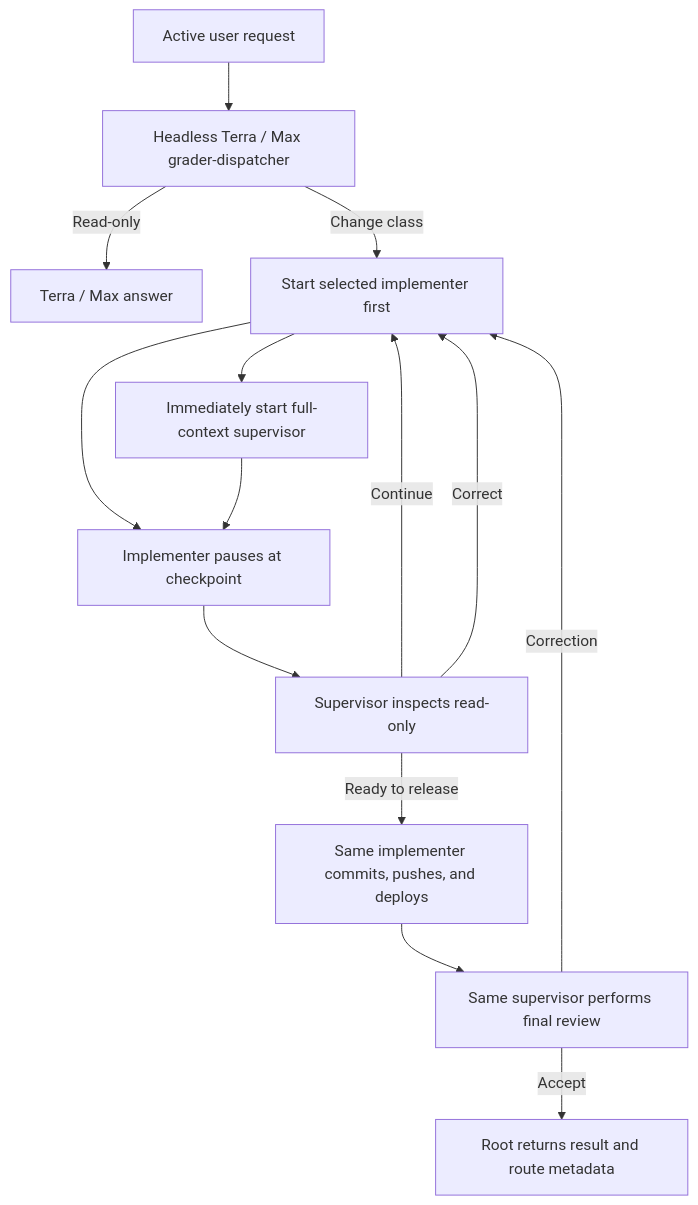
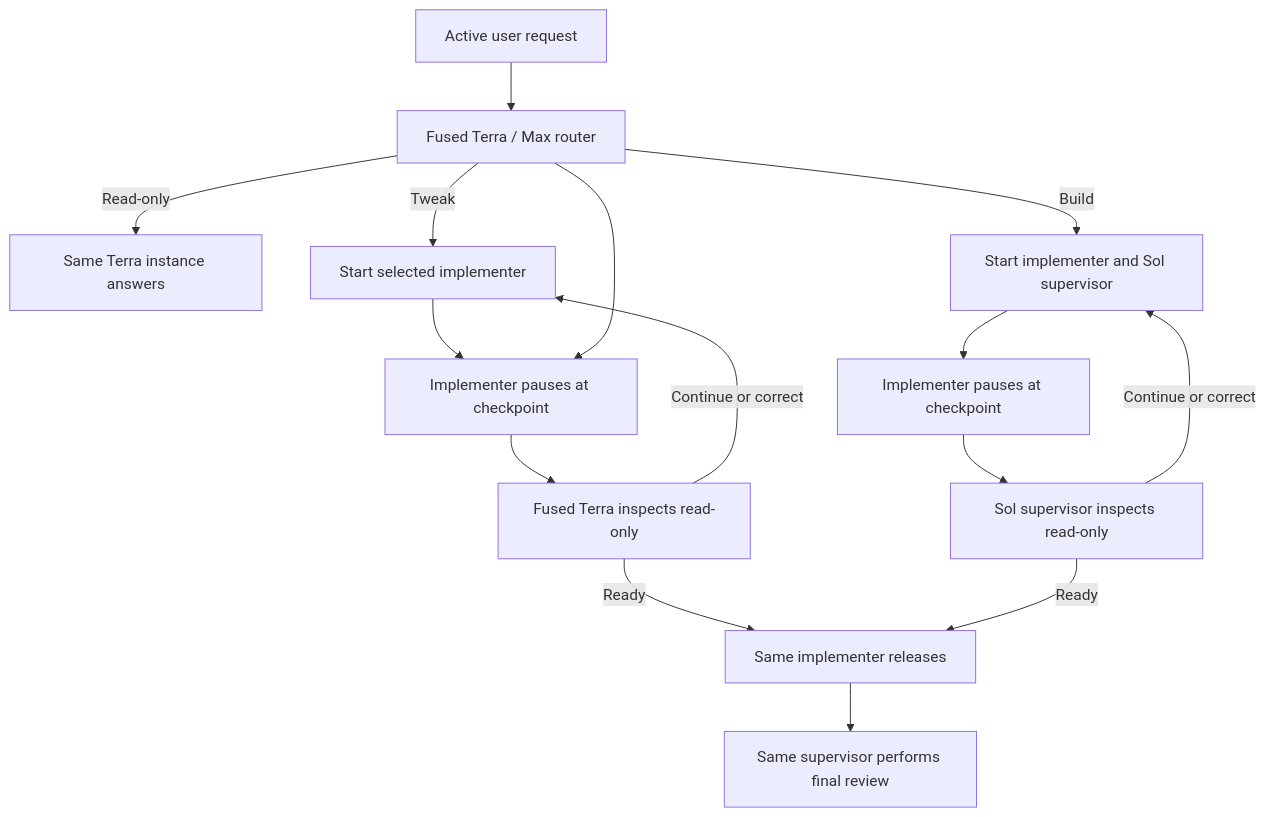
One commit to jessejaffe/codex-orchestration changed the diagram in README.md. Above: the diagram before and after it, drawn with Mermaid. The commit also changed other lines of this file and 13 other files, not shown here.

Commit message:
Fuse Terra routing with tweak supervision

````diff
--- a/README.md
+++ b/README.md
@@ -61,16 +58,17 @@
 ```mermaid
 flowchart TD
-    U["Active user request"] --> G["Headless Terra / Max grader-dispatcher"]
-    G -->|"Read-only"| R["Terra / Max answer"]
-    G -->|"Change class"| I["Start selected implementer first"]
-    I --> S["Immediately start full-context supervisor"]
+    U["Active user request"] --> T["Fused Terra / Max router"]
+    T -->|"Read-only"| R["Same Terra instance answers"]
+    T -->|"Tweak"| I["Start selected implementer"]
+    T -->|"Build"| B["Start implementer and Sol supervisor"]
     I --> C["Implementer pauses at checkpoint"]
-    S --> C
-    C --> V["Supervisor inspects read-only"]
-    V -->|"Continue"| I
-    V -->|"Correct"| I
-    V -->|"Ready to release"| D["Same implementer commits, pushes, and deploys"]
-    D --> F["Same supervisor performs final review"]
-    F -->|"Correction"| I
-    F -->|"Accept"| O["Root returns result and route metadata"]
+    T --> C
+    B --> D["Implementer pauses at checkpoint"]
+    C --> V["Fused Terra inspects read-only"]
+    D --> S["Sol supervisor inspects read-only"]
+    V -->|"Continue or correct"| I
+    S -->|"Continue or correct"| B
+    V -->|"Ready"| X["Same implementer releases"]
+    S -->|"Ready"| X
+    X --> F["Same supervisor performs final review"]
 ```
````
